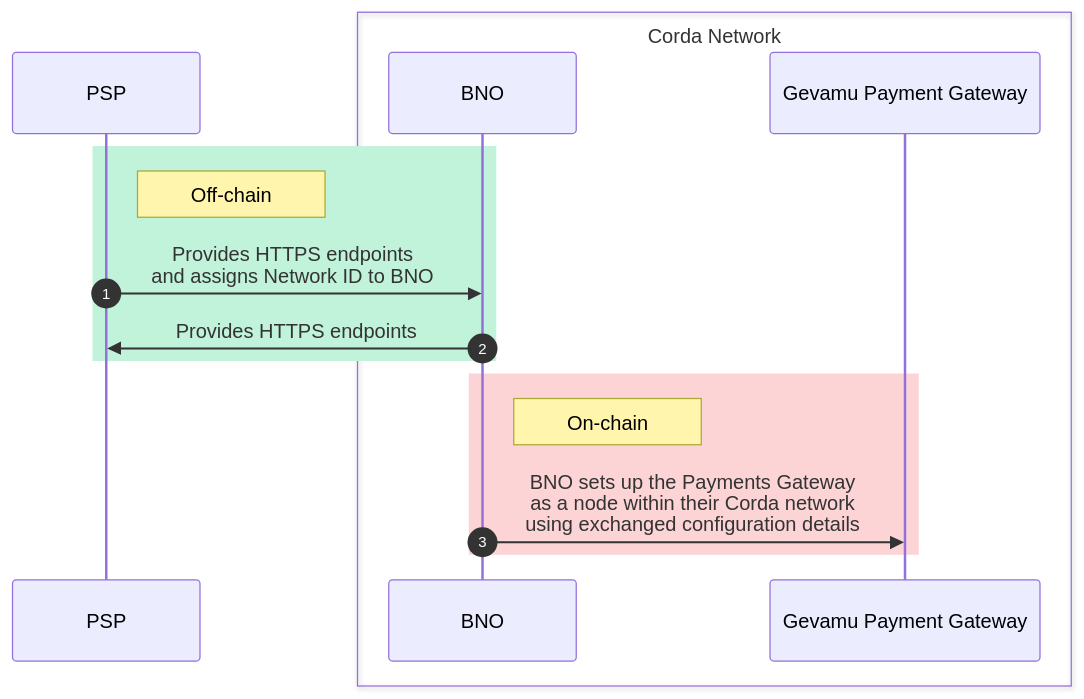
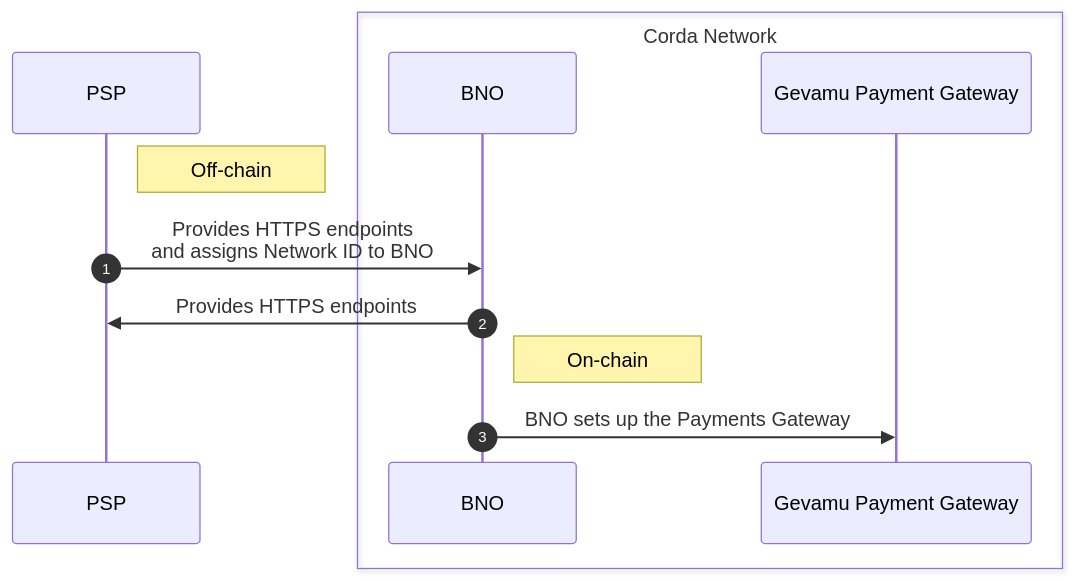
One commit to gevamu/gevamu.github.io changed the diagram in content/3.workflow/2.BNO-onboarding.md. Above: the diagram before and after it, drawn with Mermaid.

Commit message:
Update BNO Diagram

````diff
--- a/content/3.workflow/2.BNO-onboarding.md
+++ b/content/3.workflow/2.BNO-onboarding.md
@@ -9,27 +9,24 @@
 ```mermaid
 
 sequenceDiagram
      autonumber
 
     %% code block %% 
     participant psp as PSP
     box Corda Network
     participant bno as BNO
     participant gpg as Gevamu Payment Gateway
     end
 
-    rect rgb(192,243,218)
     Note right of psp: Off-chain
     psp ->> bno: Provides HTTPS endpoints<br/> and assigns Network ID to BNO
     bno ->> psp: Provides HTTPS endpoints
-    end
-
-    rect rgb(252,212,213)
+    
     Note right of bno: On-chain
-    bno ->> gpg: BNO sets up the Payments Gateway<br/> as a node within their Corda network<br/> using exchanged configuration details
-    end
+    bno ->> gpg: BNO sets up the Payments Gateway
+    
     
     
    
 
 ```
````
